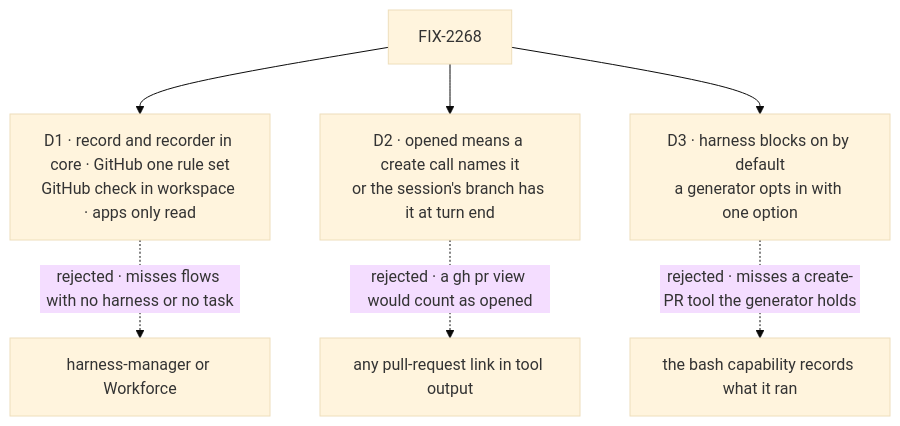
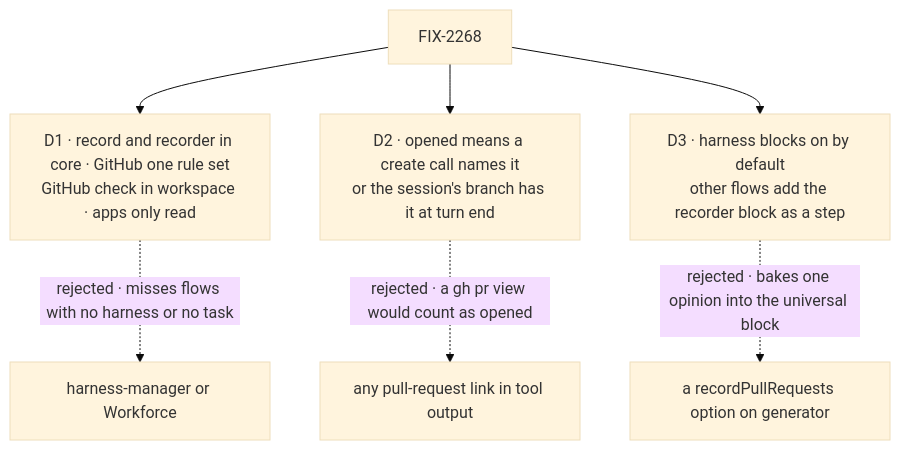
The diagram in specs/issues/FIX-2268/DECISIONS.md (fixpoint-labs/flow-state-dev), drawn with Mermaid (base theme) before and after one commit. The commit also changed other lines of this file and 2 other files, not shown here.

First line of the commit message:
spec(FIX-2268): D3 — a recorder block a flow adds as a step, not a generator option

````diff
--- a/specs/issues/FIX-2268/DECISIONS.md
+++ b/specs/issues/FIX-2268/DECISIONS.md
@@ -10,9 +10,9 @@
 ```mermaid
 flowchart TD
   I["FIX-2268"] --> D1["D1 · record and recorder in core · GitHub one rule set<br/>GitHub check in workspace · apps only read"]
   D1 -.->|"rejected · misses flows with no harness or no task"| X1["harness-manager or Workforce"]
   I --> D2["D2 · opened means a create call names it<br/>or the session's branch has it at turn end"]
   D2 -.->|"rejected · a gh pr view would count as opened"| X2["any pull-request link in tool output"]
-  I --> D3["D3 · harness blocks on by default<br/>a generator opts in with one option"]
-  D3 -.->|"rejected · misses a create-PR tool the generator holds"| X3["the bash capability records what it ran"]
+  I --> D3["D3 · harness blocks on by default<br/>other flows add the recorder block as a step"]
+  D3 -.->|"rejected · bakes one opinion into the universal block"| X3["a recordPullRequests option on generator"]
 ```
````
